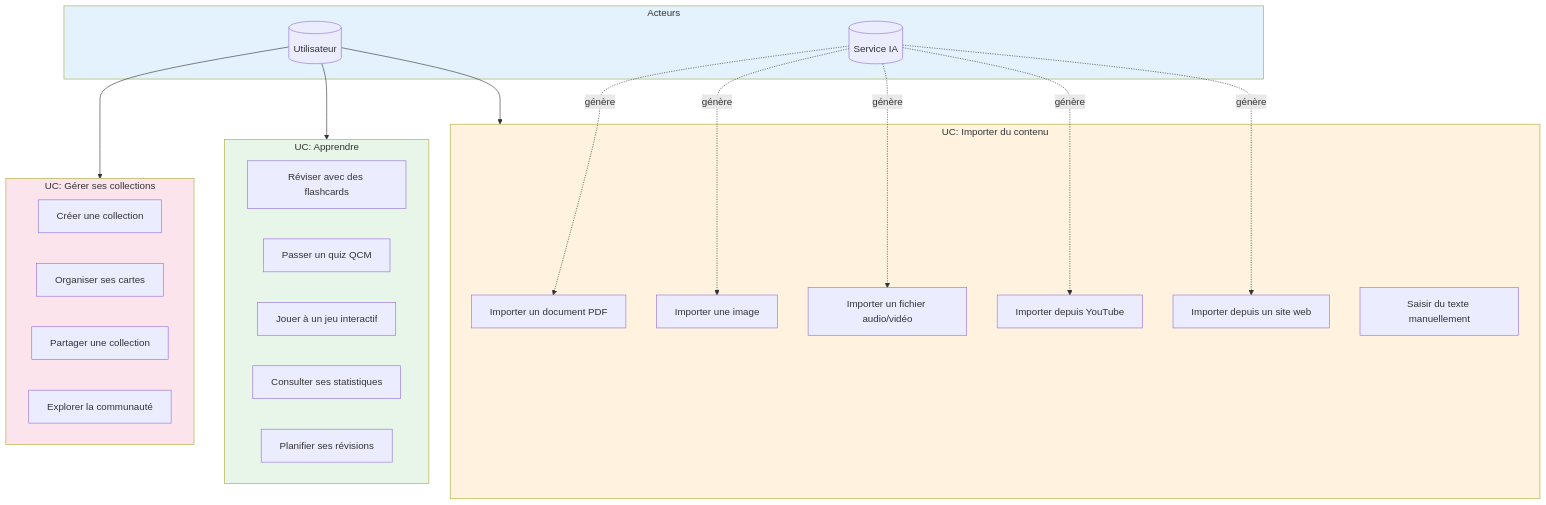
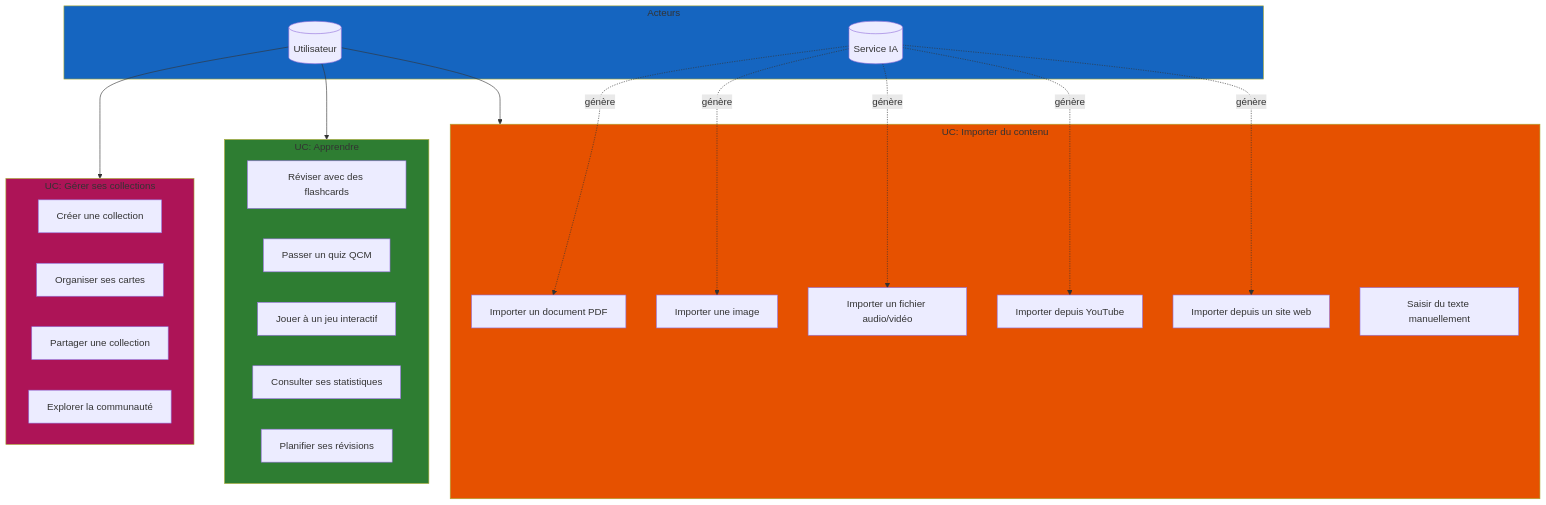
The first of 4 diagrams in src/content/docs/projet/cahier-des-charges.mdx (mindlet-app/docs), drawn with Mermaid before and after one commit. The commit also changed other lines of this file and 17 other files, not shown here.

First line of the commit message:
feat: Update Mermaid diagrams and enhance documentation clarity

````diff
--- a/src/content/docs/projet/cahier-des-charges.mdx
+++ b/src/content/docs/projet/cahier-des-charges.mdx
@@ -104,45 +104,45 @@
 ```mermaid
 flowchart TB
     subgraph Acteurs["Acteurs"]
         USER[("Utilisateur")]
         AI[("Service IA")]
     end
 
     subgraph Import["UC: Importer du contenu"]
         UC1["Importer un document PDF"]
         UC2["Importer une image"]
         UC3["Importer un fichier audio/vidéo"]
         UC4["Importer depuis YouTube"]
         UC5["Importer depuis un site web"]
         UC6["Saisir du texte manuellement"]
     end
 
     subgraph Learn["UC: Apprendre"]
         UC7["Réviser avec des flashcards"]
         UC8["Passer un quiz QCM"]
         UC9["Jouer à un jeu interactif"]
         UC10["Consulter ses statistiques"]
         UC11["Planifier ses révisions"]
     end
 
     subgraph Manage["UC: Gérer ses collections"]
         UC12["Créer une collection"]
         UC13["Organiser ses cartes"]
         UC14["Partager une collection"]
         UC15["Explorer la communauté"]
     end
 
     USER --> Import
     USER --> Learn
     USER --> Manage
     AI -.->|"génère"| UC1
     AI -.->|"génère"| UC2
     AI -.->|"génère"| UC3
     AI -.->|"génère"| UC4
     AI -.->|"génère"| UC5
 
-    style Acteurs fill:#e3f2fd
-    style Import fill:#fff3e0
-    style Learn fill:#e8f5e9
-    style Manage fill:#fce4ec
+    style Acteurs fill:#1565c0
+    style Import fill:#e65100
+    style Learn fill:#2e7d32
+    style Manage fill:#ad1457
 ```
````
